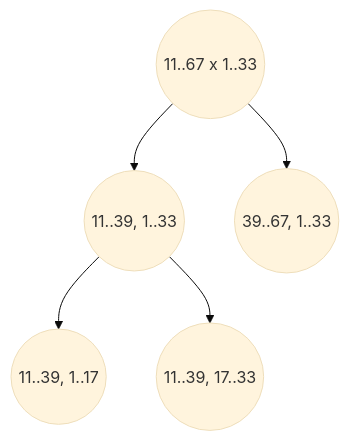
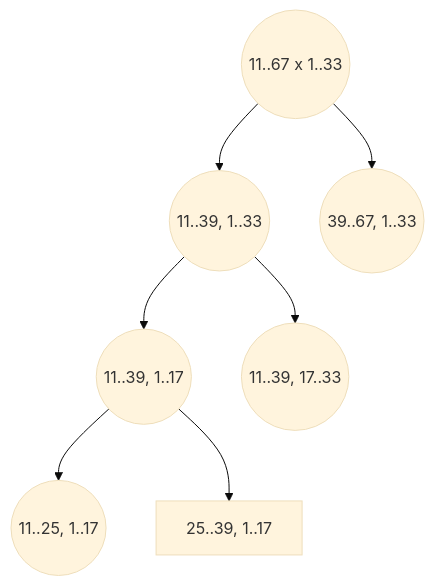
One commit to chazzka/clanekforest changed the diagram in clanek.md. Above: the diagram before and after it, drawn with Mermaid (base theme). The commit also changed other lines of this file, not shown here.

````diff
--- a/clanek.md
+++ b/clanek.md
@@ -243,8 +243,10 @@
 ```mermaid
 graph TB
 A((11..67 x 1..33)) --> B((11..39, 1..33))
 A --> C((39..67, 1..33))
 B --> D((11..39, 1..17))
 B --> E((11..39, 17..33))
+D --> F((11..25, 1..17))
+D --> G[25..39, 1..17]
 
 ```
````
